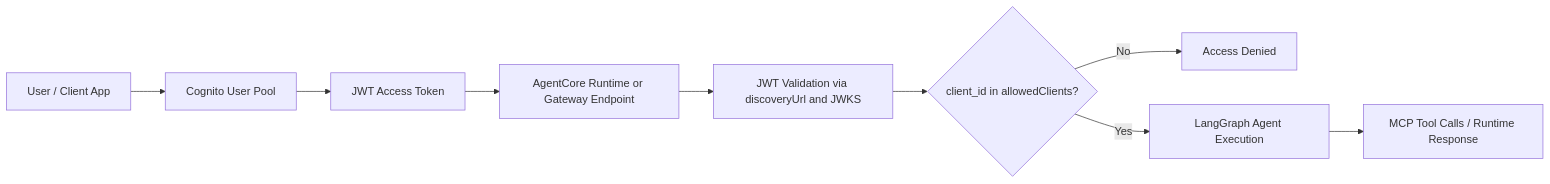
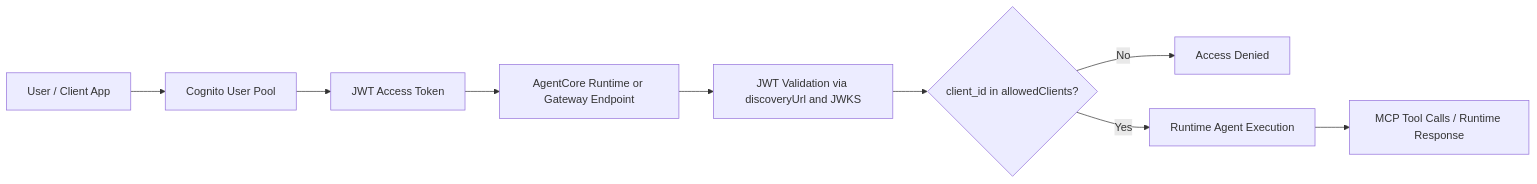
The diagram in docs/workshop-cheatsheet.md (xliberty2008x/aws-agentcore-workshop), drawn with Mermaid before and after one commit. The commit also changed other lines of this file and 5 other files, not shown here.

First line of the commit message:
Simplify AgentCore runtime agent path (#3)

````diff
--- a/docs/workshop-cheatsheet.md
+++ b/docs/workshop-cheatsheet.md
@@ -129,11 +137,11 @@
 ```mermaid
 flowchart LR
     U["User / Client App"] --> C["Cognito User Pool"]
     C --> T["JWT Access Token"]
     T --> R["AgentCore Runtime or Gateway Endpoint"]
     R --> V["JWT Validation via discoveryUrl and JWKS"]
     V --> A{"client_id in allowedClients?"}
     A -- "No" --> D["Access Denied"]
-    A -- "Yes" --> G["LangGraph Agent Execution"]
+    A -- "Yes" --> G["Runtime Agent Execution"]
     G --> M["MCP Tool Calls / Runtime Response"]
 ```
````
